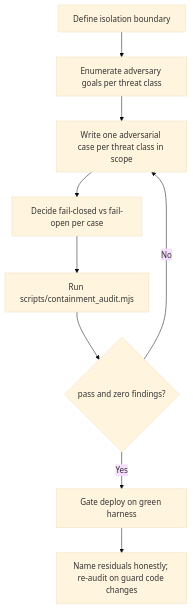
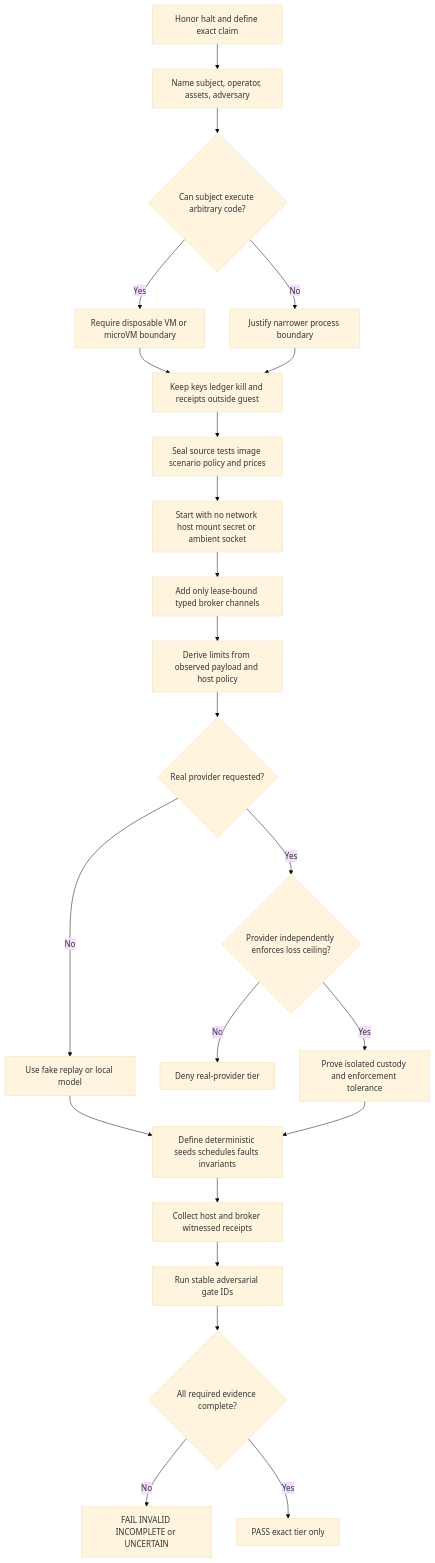
Before and after one commit to curiositech/port-daddy: the diagram in skills/sandboxed-adversarial-test-harness/SKILL.md, drawn with Mermaid (base theme). The commit also changed other lines of this file and 13 other files, not shown here.

````diff
--- a/skills/sandboxed-adversarial-test-harness/SKILL.md
+++ b/skills/sandboxed-adversarial-test-harness/SKILL.md
@@ -76,11 +107,25 @@
 ```mermaid
 flowchart TD
-  A[Define isolation boundary] --> B[Enumerate adversary goals per threat class]
-  B --> C[Write one adversarial case per threat class in scope]
-  C --> D[Decide fail-closed vs fail-open per case]
-  D --> E[Run scripts/containment_audit.mjs]
-  E --> F{pass and zero findings?}
-  F -->|No| C
-  F -->|Yes| G[Gate deploy on green harness]
-  G --> H[Name residuals honestly; re-audit on guard code changes]
+  A[Honor halt and define exact claim] --> B[Name subject, operator, assets, adversary]
+  B --> C{Can subject execute arbitrary code?}
+  C -->|Yes| D[Require disposable VM or microVM boundary]
+  C -->|No| E[Justify narrower process boundary]
+  D --> F[Keep keys ledger kill and receipts outside guest]
+  E --> F
+  F --> G[Seal source tests image scenario policy and prices]
+  G --> H[Start with no network host mount secret or ambient socket]
+  H --> I[Add only lease-bound typed broker channels]
+  I --> J[Derive limits from observed payload and host policy]
+  J --> K{Real provider requested?}
+  K -->|No| L[Use fake replay or local model]
+  K -->|Yes| M{Provider independently enforces loss ceiling?}
+  M -->|No| N[Deny real-provider tier]
+  M -->|Yes| O[Prove isolated custody and enforcement tolerance]
+  L --> P[Define deterministic seeds schedules faults invariants]
+  O --> P
+  P --> Q[Collect host and broker witnessed receipts]
+  Q --> R[Run stable adversarial gate IDs]
+  R --> S{All required evidence complete?}
+  S -->|No| T[FAIL INVALID INCOMPLETE or UNCERTAIN]
+  S -->|Yes| U[PASS exact tier only]
 ```
````
